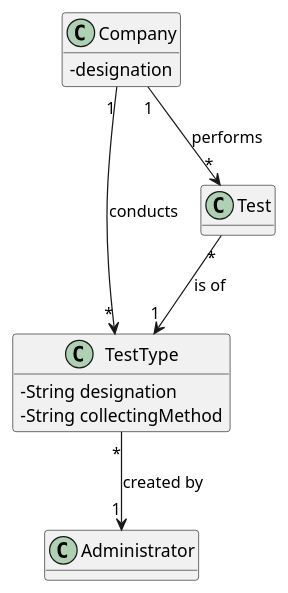
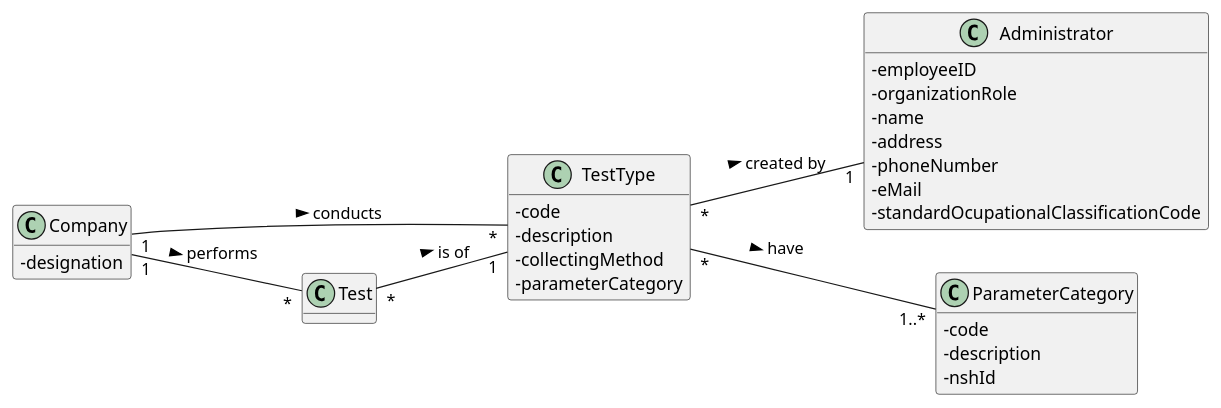
The diagram in docs/SprintB/US_9/UC9_MD.puml (RuiRioPina/LAPR2-20-21), drawn with PlantUML before and after one commit. The commit also changed 8 other files, not shown here.

```diff
--- a/docs/SprintB/US_9/UC9_MD.puml
+++ b/docs/SprintB/US_9/UC9_MD.puml
@@ -1,24 +1,40 @@
 @startuml
 skinparam classAttributeIconSize 0
 hide methods
+left to right direction
 
 class TestType {
-  -String designation
-  -String collectingMethod
+  -code
+  -description
+  -collectingMethod
+  -parameterCategory
 }
 
 class Company {
   -designation
 }
 
 class Test {
 }
 
 class Administrator {
+  -employeeID
+  -organizationRole
+  -name
+  -address
+  -phoneNumber
+  -eMail
+  -standardOcupationalClassificationCode
 }
 
-Company "1" --> "*" TestType : conducts
-Test "*" --> "1" TestType : is of
-Company "1" --> "*" Test : performs
-TestType "*" --> "1" Administrator : created by
+class ParameterCategory {
+  -code
+  -description
+  -nshId
+}
+Company "1" -- "*" TestType : conducts >
+Test "*" -- "1" TestType : is of >
+Company "1" -- "*" Test : performs >
+TestType "*" -- "1" Administrator : created by >
+TestType "*" -- "1..*" ParameterCategory : have >
 @enduml
```
